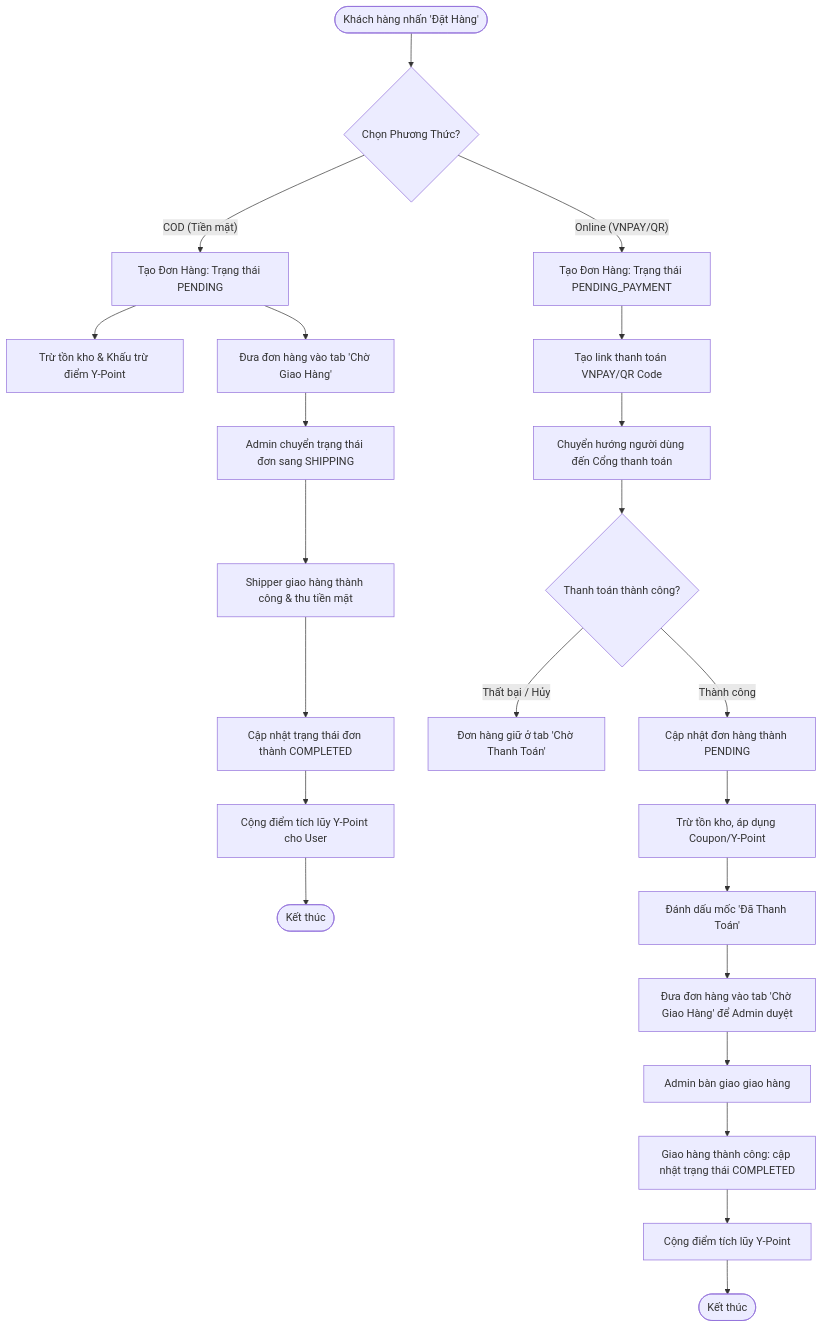
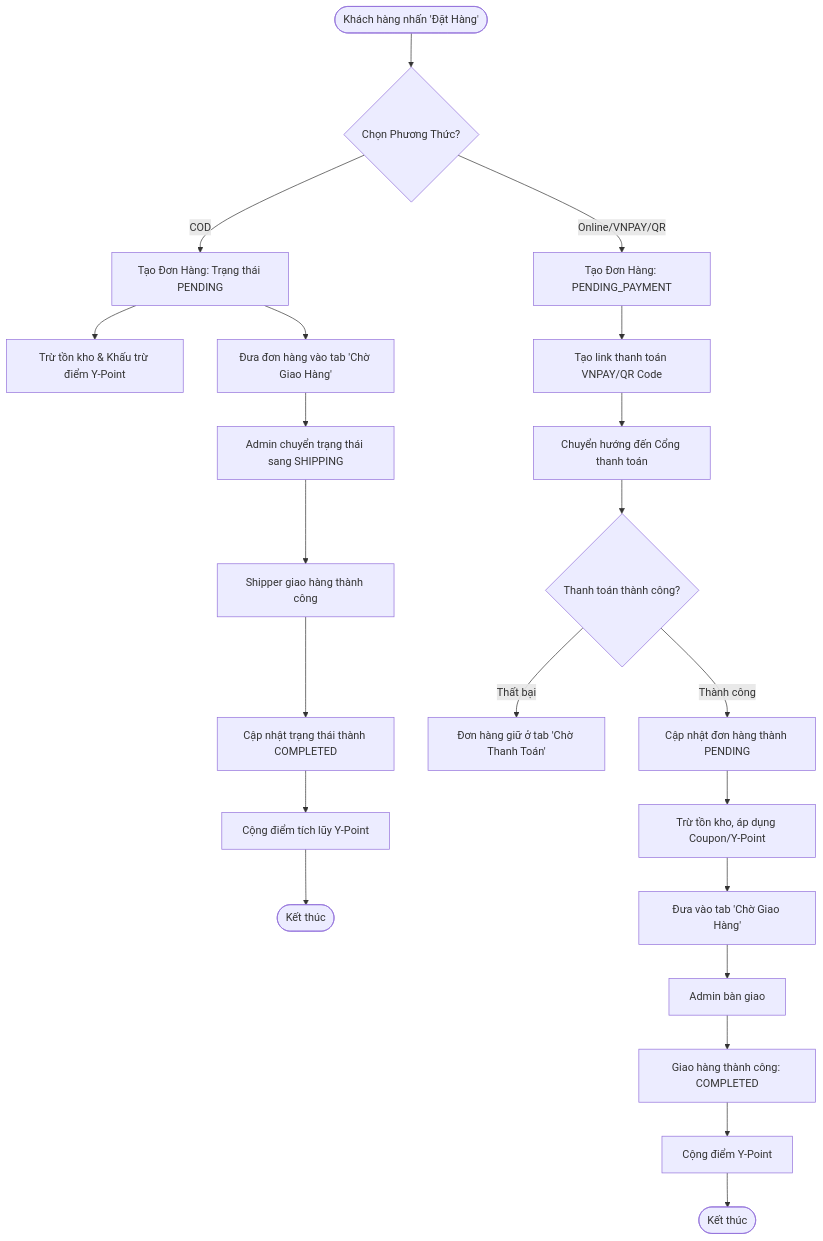
Before and after one commit to BryannLee202/TestingProject: the second of 3 diagrams in README.md, drawn with Mermaid. The commit also changed other lines of this file, not shown here.

Commit message:
docs: update README with AI chatbot architecture, intent detection, RAG engine, and feature changelog

````diff
--- a/README.md
+++ b/README.md
@@ -120,29 +176,25 @@
 ```mermaid
 flowchart TD
   A([Khách hàng nhấn 'Đặt Hàng']) --> B{Chọn Phương Thức?}
   
-  %% Nhánh COD
-  B -- COD (Tiền mặt) --> C1[Tạo Đơn Hàng: Trạng thái PENDING]
+  B -- COD --> C1[Tạo Đơn Hàng: Trạng thái PENDING]
   C1 --> D1[Trừ tồn kho & Khấu trừ điểm Y-Point]
   C1 --> G1[Đưa đơn hàng vào tab 'Chờ Giao Hàng']
-  G1 --> H1[Admin chuyển trạng thái đơn sang SHIPPING]
-  H1 --> I1[Shipper giao hàng thành công & thu tiền mặt]
-  I1 --> J1[Cập nhật trạng thái đơn thành COMPLETED]
-  J1 --> K1[Cộng điểm tích lũy Y-Point cho User] --> M1([Kết thúc])
+  G1 --> H1[Admin chuyển trạng thái sang SHIPPING]
+  H1 --> I1[Shipper giao hàng thành công]
+  I1 --> J1[Cập nhật trạng thái thành COMPLETED]
+  J1 --> K1[Cộng điểm tích lũy Y-Point] --> M1([Kết thúc])
 
-  %% Nhánh Online
-  B -- Online (VNPAY/QR) --> C2[Tạo Đơn Hàng: Trạng thái PENDING_PAYMENT]
+  B -- Online/VNPAY/QR --> C2[Tạo Đơn Hàng: PENDING_PAYMENT]
   C2 --> D2[Tạo link thanh toán VNPAY/QR Code]
-  D2 --> E2[Chuyển hướng người dùng đến Cổng thanh toán]
+  D2 --> E2[Chuyển hướng đến Cổng thanh toán]
   E2 --> F2{Thanh toán thành công?}
   
-  F2 -- Thất bại / Hủy --> G2[Đơn hàng giữ ở tab 'Chờ Thanh Toán']
-  
+  F2 -- Thất bại --> G2[Đơn hàng giữ ở tab 'Chờ Thanh Toán']
   F2 -- Thành công --> G3[Cập nhật đơn hàng thành PENDING]
   G3 --> H3[Trừ tồn kho, áp dụng Coupon/Y-Point]
-  H3 --> I3[Đánh dấu mốc 'Đã Thanh Toán']
-  I3 --> J3[Đưa đơn hàng vào tab 'Chờ Giao Hàng' để Admin duyệt]
-  J3 --> K3[Admin bàn giao giao hàng]
-  K3 --> L3[Giao hàng thành công: cập nhật trạng thái COMPLETED]
-  L3 --> M3[Cộng điểm tích lũy Y-Point] --> N3([Kết thúc])
+  H3 --> J3[Đưa vào tab 'Chờ Giao Hàng']
+  J3 --> K3[Admin bàn giao]
+  K3 --> L3[Giao hàng thành công: COMPLETED]
+  L3 --> M3[Cộng điểm Y-Point] --> N3([Kết thúc])
 ```
````
